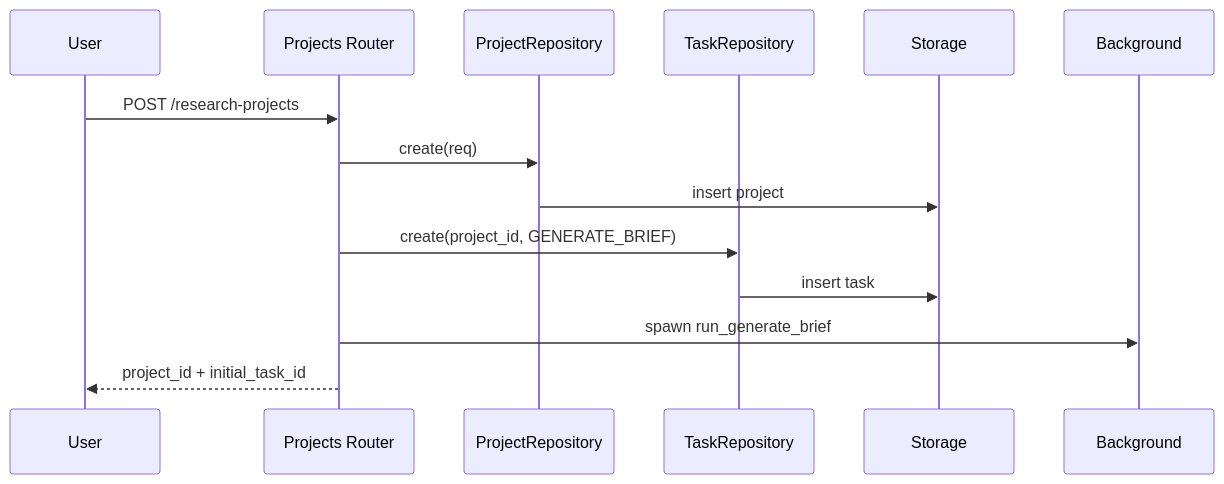
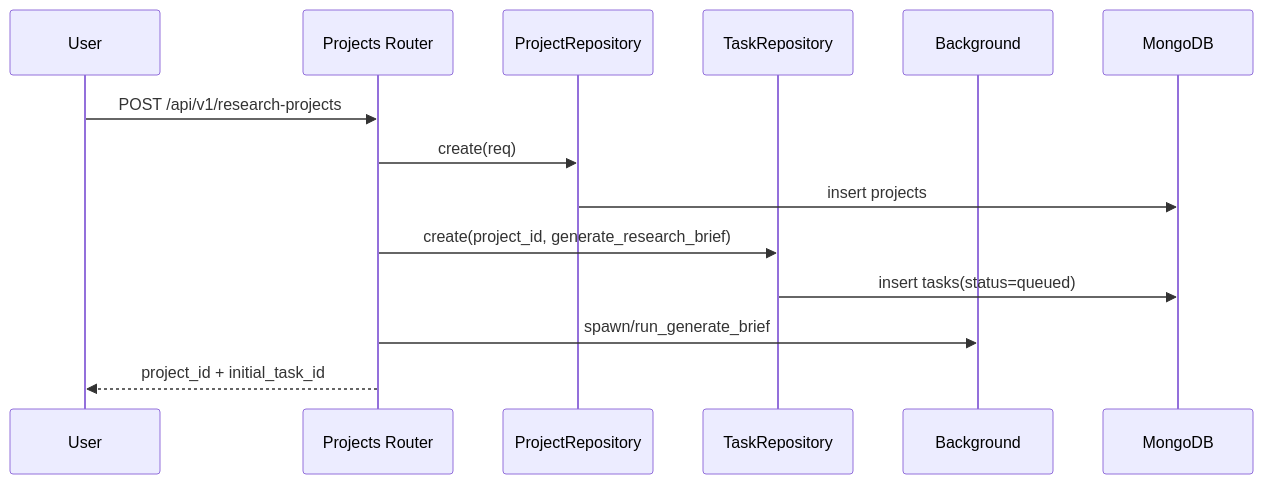
The second of 3 diagrams in docs/05-MongoDB存储实现方案.md (boc9489-byte/deep-search_study), drawn with Mermaid before and after one commit. The commit also changed other lines of this file and 17 other files, not shown here.

````diff
--- a/docs/05-MongoDB存储实现方案.md
+++ b/docs/05-MongoDB存储实现方案.md
@@ -185,17 +242,17 @@
 ```mermaid
 sequenceDiagram
     participant U as User
     participant R as Projects Router
     participant P as ProjectRepository
     participant T as TaskRepository
-    participant S as Storage
     participant B as Background
+    participant M as MongoDB
 
-    U->>R: POST /research-projects
+    U->>R: POST /api/v1/research-projects
     R->>P: create(req)
-    P->>S: insert project
-    R->>T: create(project_id, GENERATE_BRIEF)
-    T->>S: insert task
-    R->>B: spawn run_generate_brief
+    P->>M: insert projects
+    R->>T: create(project_id, generate_research_brief)
+    T->>M: insert tasks(status=queued)
+    R->>B: spawn/run_generate_brief
     R-->>U: project_id + initial_task_id
 ```
````
